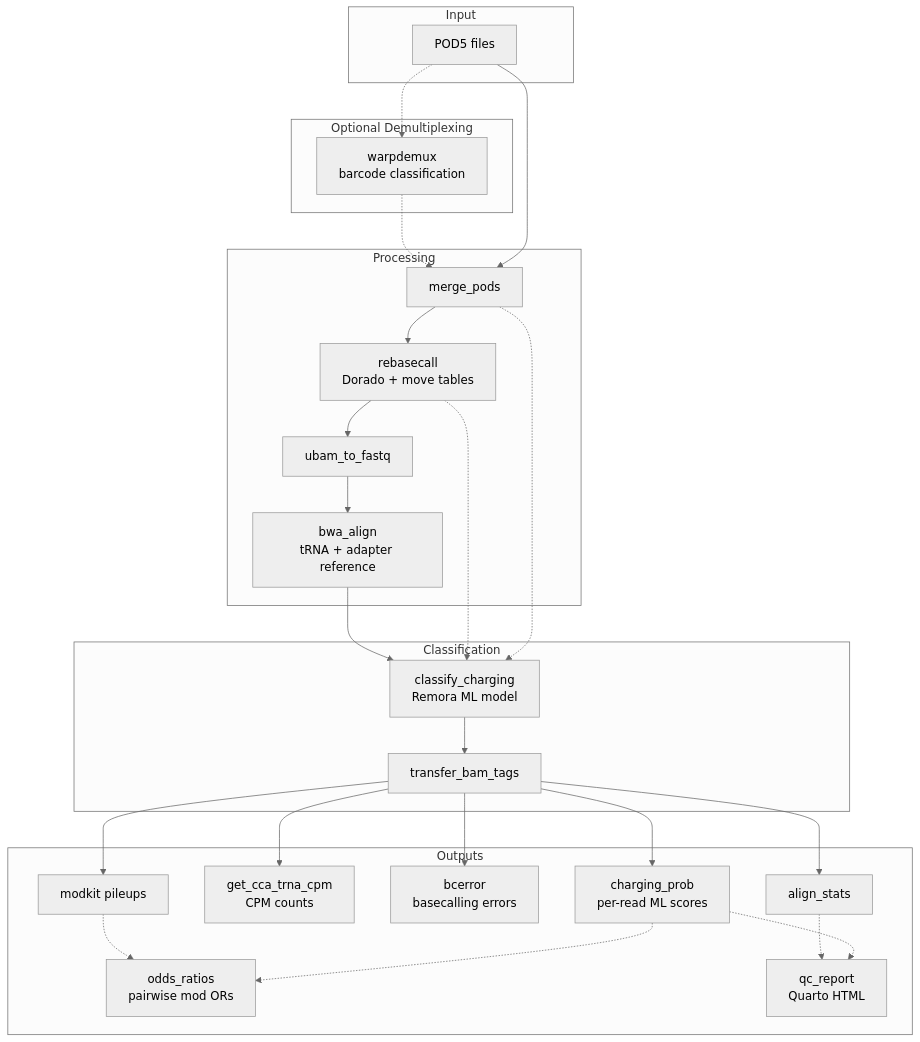
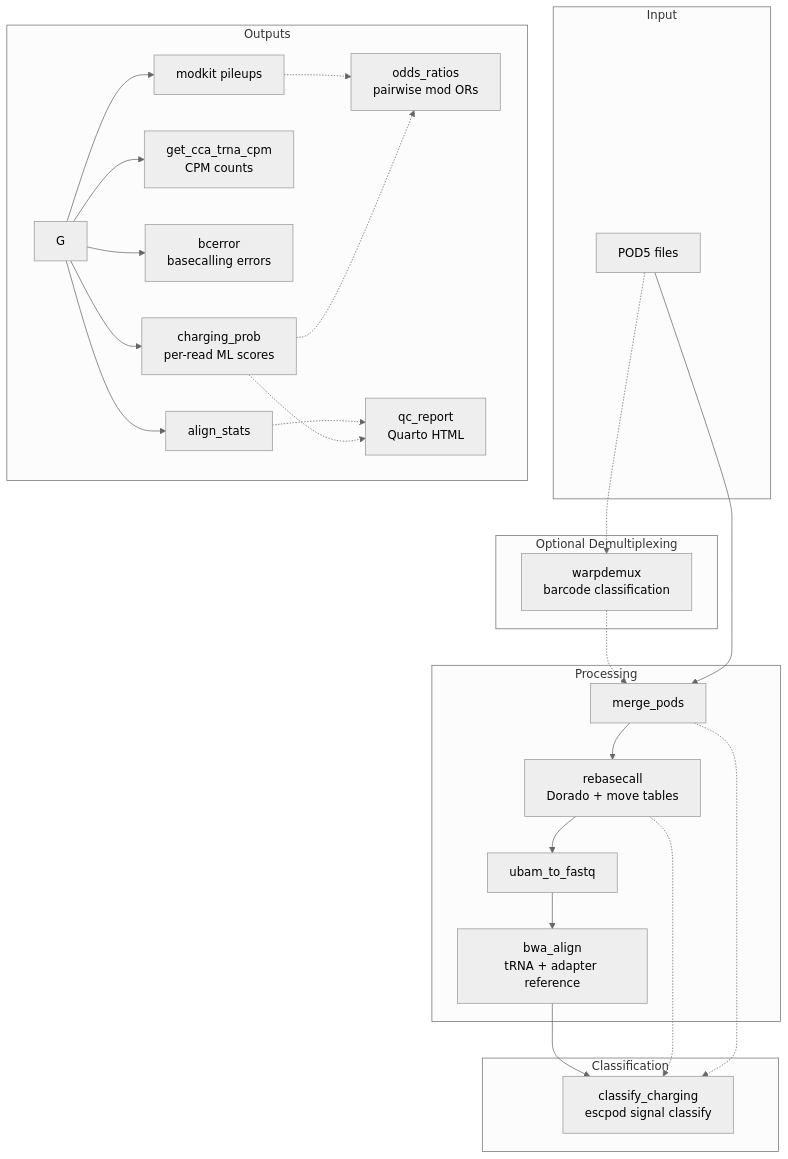
One commit to rnabioco/aa-tRNA-seq-pipeline changed the diagram in README.md. Above: the diagram before and after it, drawn with Mermaid (neutral theme). The commit also changed other lines of this file and 51 other files, not shown here.

Commit message:
feat(charging)!: replace remora with escpod signal classify, retire remora (#117)

````diff
--- a/README.md
+++ b/README.md
@@ -96,39 +96,38 @@
 ```mermaid
 flowchart TD
     subgraph Input
         POD5[POD5 files]
     end
 
     subgraph Demux [Optional Demultiplexing]
         W[warpdemux<br/>barcode classification]
     end
 
     subgraph Processing
         A[merge_pods] --> B[rebasecall<br/>Dorado + move tables]
         B --> C[ubam_to_fastq]
         C --> D[bwa_align<br/>tRNA + adapter reference]
     end
 
     subgraph Classification
-        D --> F[classify_charging<br/>Remora ML model]
+        D --> F[classify_charging<br/>escpod signal classify]
         B -.-> F
         A -.-> F
-        F --> G[transfer_bam_tags]
     end
 
     subgraph Outputs
         G --> H[charging_prob<br/>per-read ML scores]
         G --> I[get_cca_trna_cpm<br/>CPM counts]
         G --> J[bcerror<br/>basecalling errors]
         G --> K[align_stats]
         G --> L[modkit pileups]
         L -.-> M[odds_ratios<br/>pairwise mod ORs]
         H -.-> M
         K -.-> N[qc_report<br/>Quarto HTML]
         H -.-> N
     end
 
     POD5 -.-> W
     W -.-> A
     POD5 --> A
 ```
````
